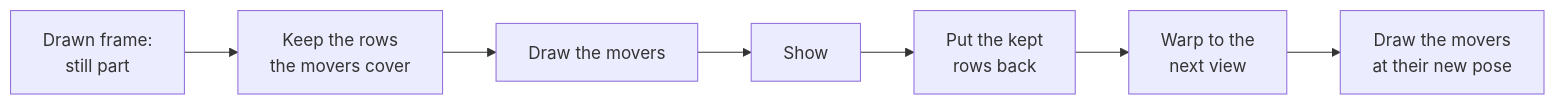
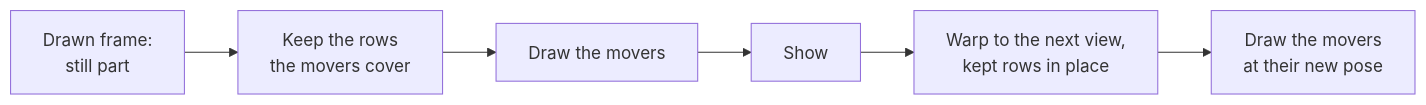
One commit to jose-villegas/autana changed the third of 3 diagrams in docs/render/frame/Frame-Generation.md. Above: the diagram before and after it, drawn with Mermaid. The commit also changed other lines of this file and 6 other files, not shown here.

Commit message:
render: generated frames warp and fill from the kept still rows in place, with no copy back; the modes suite logs each arm's kept rows per drawn frame

````diff
--- a/docs/render/frame/Frame-Generation.md
+++ b/docs/render/frame/Frame-Generation.md
@@ -322,9 +322,8 @@
 ```mermaid
 flowchart LR
     D["Drawn frame:<br/>still part"] --> K["Keep the rows<br/>the movers cover"]
     K --> M["Draw the movers"]
     M --> S["Show"]
-    S --> P["Put the kept<br/>rows back"]
-    P --> W["Warp to the<br/>next view"]
+    S --> W["Warp to the next view,<br/>kept rows in place"]
     W --> R["Draw the movers<br/>at their new pose"]
 ```
````
